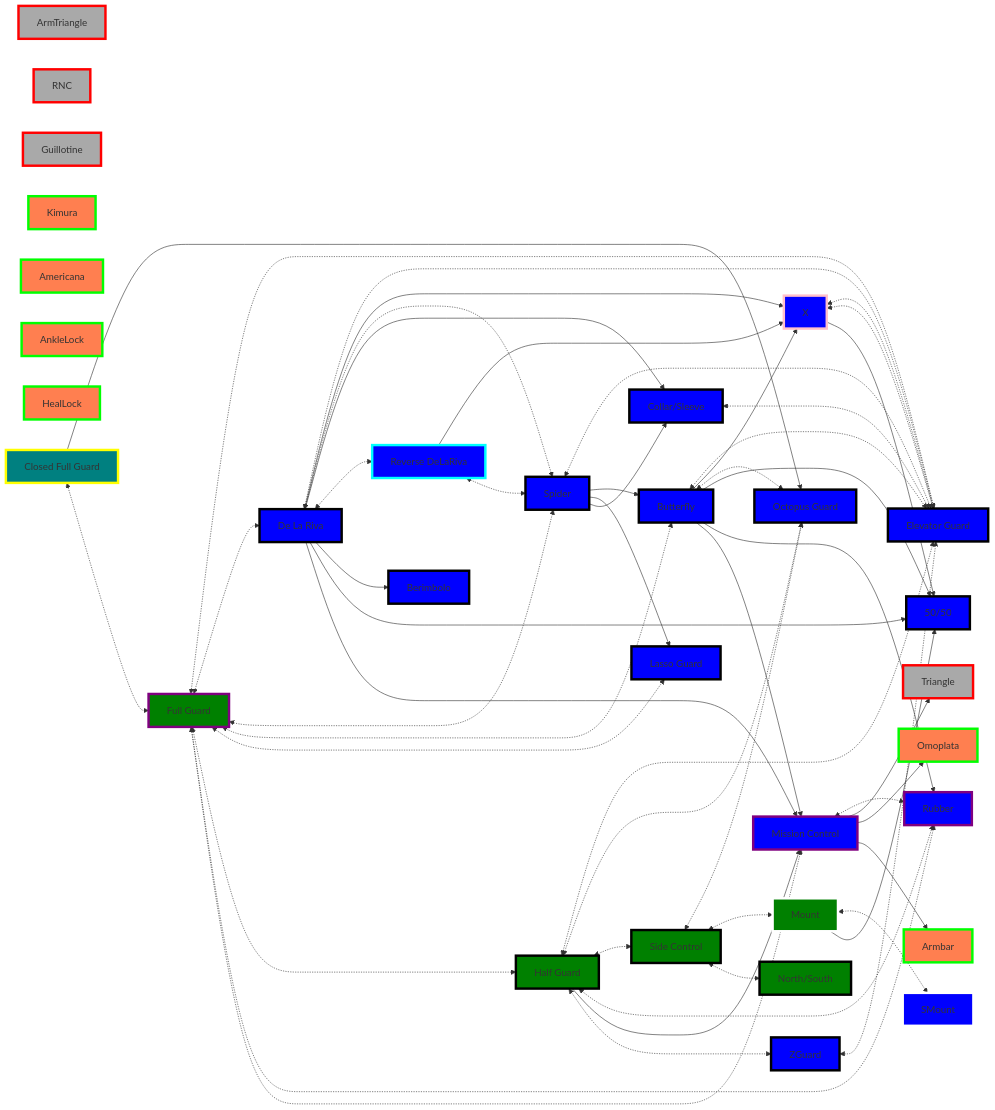
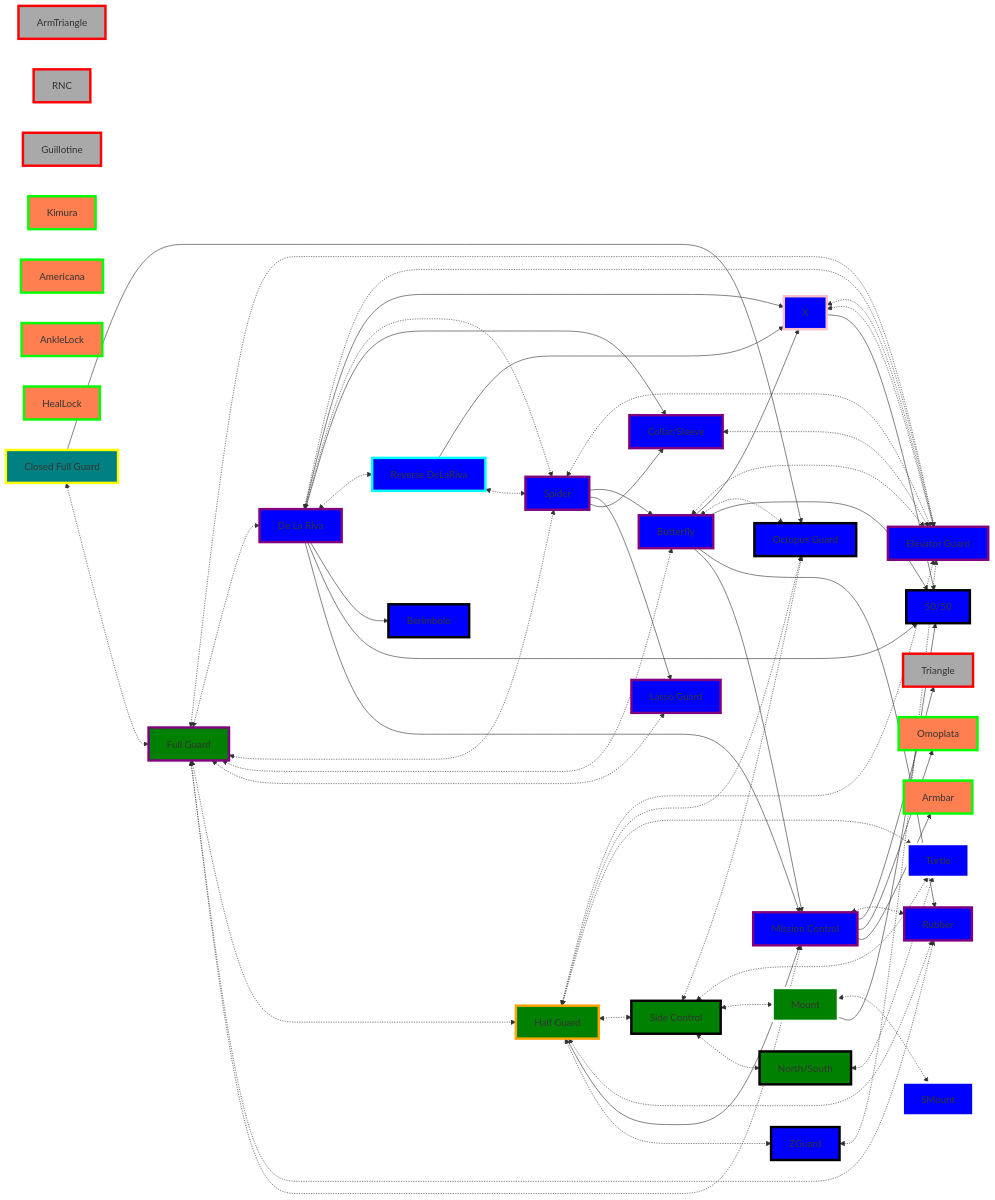
Before and after one commit to jacgit18/DevHiveMind: the second of 4 diagrams in _Fitness/BJJ Priority Flows.md, drawn with Mermaid. The commit also changed other lines of this file, not shown here.

Commit message:
M "_Fitness/BJJ Priority Flows.md"

```diff
--- a/_Fitness/BJJ Priority Flows.md
+++ b/_Fitness/BJJ Priority Flows.md
@@ -265,6 +265,7 @@
 	SMount[SMount]
 	R[Mission Control]
 	Z[ZGuard]
+	Turtle[Turtle]
 	OctopusGuard[Octopus Guard]
 	ElevatorGuard[Elevator Guard]
 
@@ -303,6 +304,9 @@
 	D <-.-> OctopusGuard
 	H <-.-> OctopusGuard
 	I <-.-> OctopusGuard
+	H <-.-> Turtle
+	I <-.-> Turtle
+	K <-.-> Turtle
 	
 	Closed <-.-> A
     A <-.-> B
@@ -345,27 +349,29 @@
 
 style SMount fill:blue,stroke:white,stroke-width:4px,shadow:shadow
 
-style ElevatorGuard fill:blue,stroke:black,stroke-width:4px,shadow:shadow
+style ElevatorGuard fill:blue,stroke:purple,stroke-width:4px,shadow:shadow
 
 style Closed fill:teal,stroke:yellow,stroke-width:4px,shadow:shadow
+
+style Turtle fill:blue,stroke:White,stroke-width:4px,shadow:shadow
 
 style OctopusGuard fill:blue,stroke:black,stroke-width:4px,shadow:shadow
 
 style A fill:green,stroke:purple,stroke-width:4px,shadow:shadow
 
-style B fill:blue,stroke:black,stroke-width:4px,shadow:shadow
+style B fill:blue,stroke:purple,stroke-width:4px,shadow:shadow
 
-style C fill:blue,stroke:black,stroke-width:4px,shadow:shadow
+style C fill:blue,stroke:purple,stroke-width:4px,shadow:shadow
 
-style D fill:blue,stroke:black,stroke-width:4px,shadow:shadow
+style D fill:blue,stroke:purple,stroke-width:4px,shadow:shadow
 
-style E fill:blue,stroke:black,stroke-width:4px,shadow:shadow
+style E fill:blue,stroke:purple,stroke-width:4px,shadow:shadow
 
 style F fill:blue,stroke:pink,stroke-width:4px,shadow:shadow
 
-style G fill:blue,stroke:black,stroke-width:4px,shadow:shadow
+style G fill:blue,stroke:purple,stroke-width:4px,shadow:shadow
 
-style H fill:green,stroke:black,stroke-width:4px,shadow:shadow
+style H fill:green,stroke:orange,stroke-width:4px,shadow:shadow
 
 style I fill:green,stroke:black,stroke-width:4px,shadow:shadow
 
```
